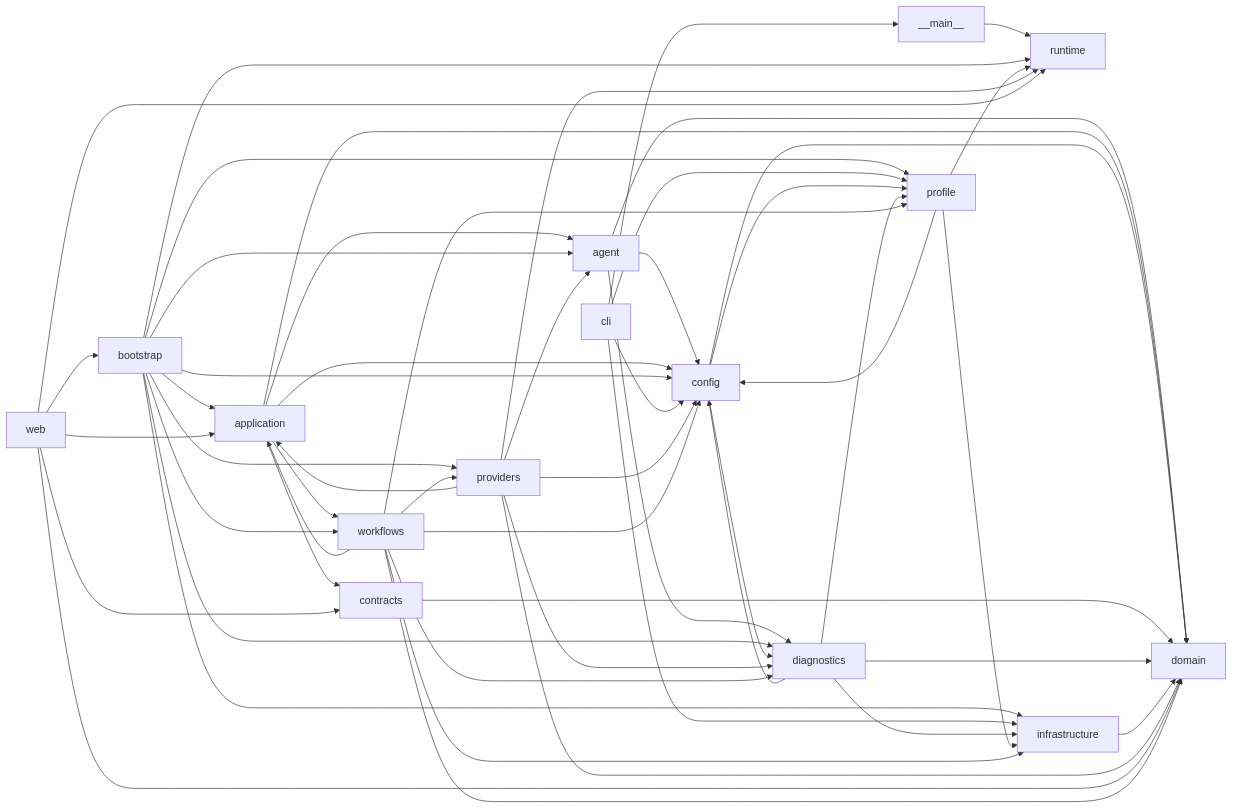
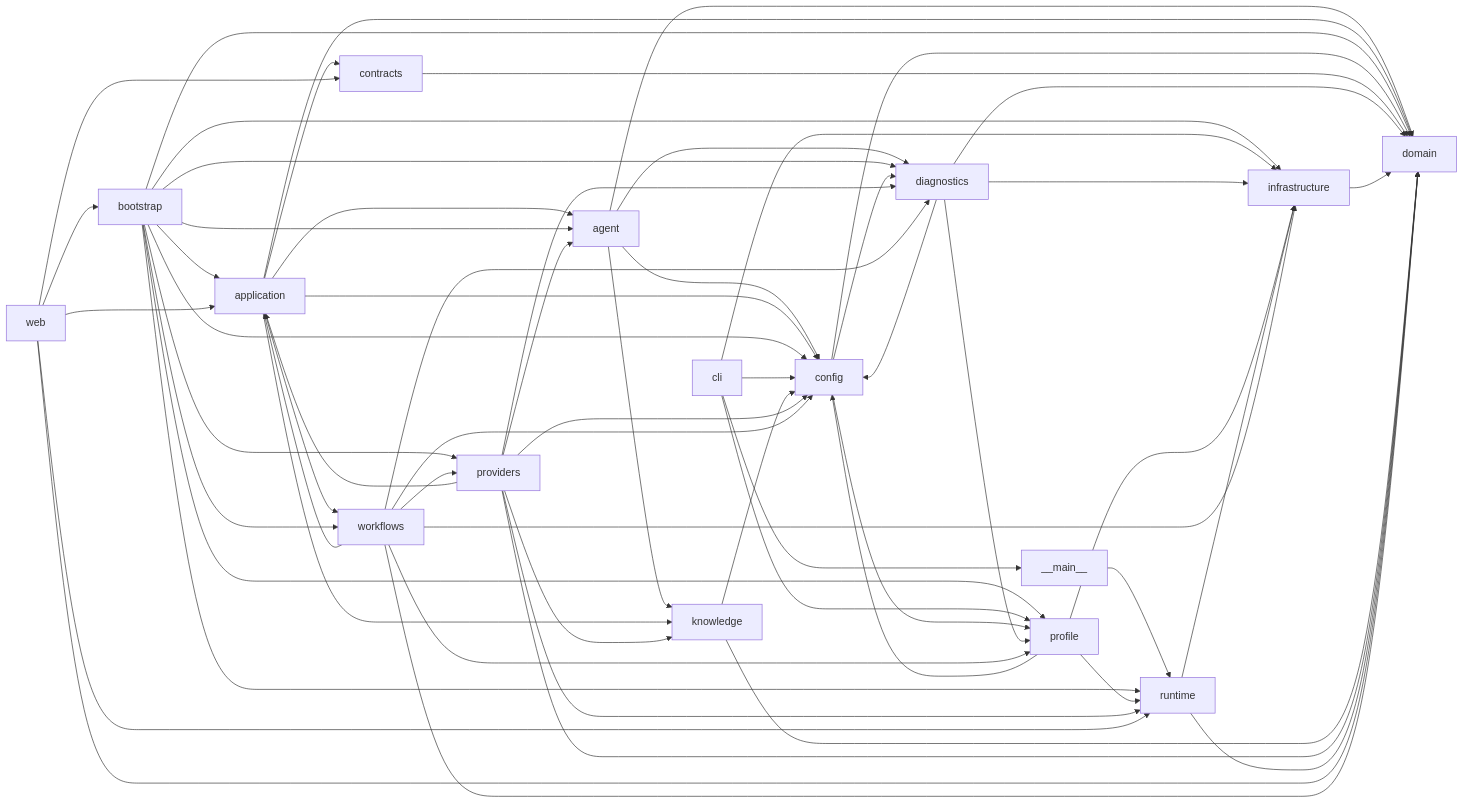
Before and after one commit to meltiseugen/KAI---Klipper-AI-Agent: the diagram in docs/generated/dependencies.mmd, drawn with Mermaid. The commit also changed 192 other files, not shown here.

```diff
--- a/docs/generated/dependencies.mmd
+++ b/docs/generated/dependencies.mmd
@@ -1,54 +1,62 @@
 flowchart LR
     %% Generated import direction: importer --> dependency
     __main__ --> runtime
     agent --> config
     agent --> diagnostics
     agent --> domain
+    agent --> knowledge
     application --> agent
     application --> config
     application --> contracts
     application --> domain
+    application --> knowledge
     application --> workflows
     bootstrap --> agent
     bootstrap --> application
     bootstrap --> config
     bootstrap --> diagnostics
+    bootstrap --> domain
     bootstrap --> infrastructure
     bootstrap --> profile
     bootstrap --> providers
     bootstrap --> runtime
     bootstrap --> workflows
     cli --> __main__
     cli --> config
     cli --> infrastructure
     cli --> profile
     config --> diagnostics
     config --> domain
     config --> profile
     contracts --> domain
     diagnostics --> config
     diagnostics --> domain
     diagnostics --> infrastructure
     diagnostics --> profile
     infrastructure --> domain
+    knowledge --> config
+    knowledge --> domain
     profile --> config
     profile --> infrastructure
     profile --> runtime
     providers --> agent
     providers --> application
     providers --> config
     providers --> diagnostics
     providers --> domain
+    providers --> knowledge
     providers --> runtime
+    runtime --> domain
+    runtime --> infrastructure
     web --> application
     web --> bootstrap
     web --> contracts
     web --> domain
     web --> runtime
     workflows --> application
     workflows --> config
     workflows --> diagnostics
     workflows --> domain
     workflows --> infrastructure
     workflows --> profile
     workflows --> providers
```
